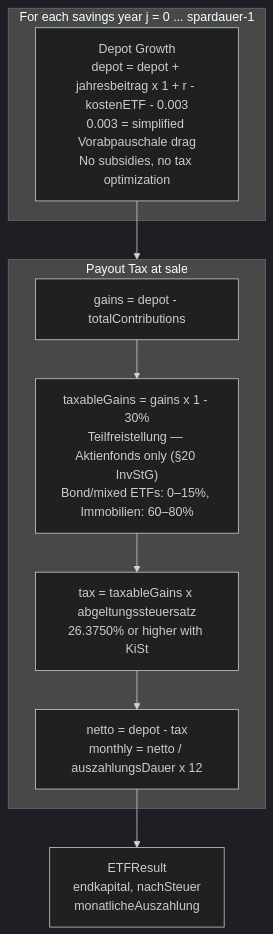
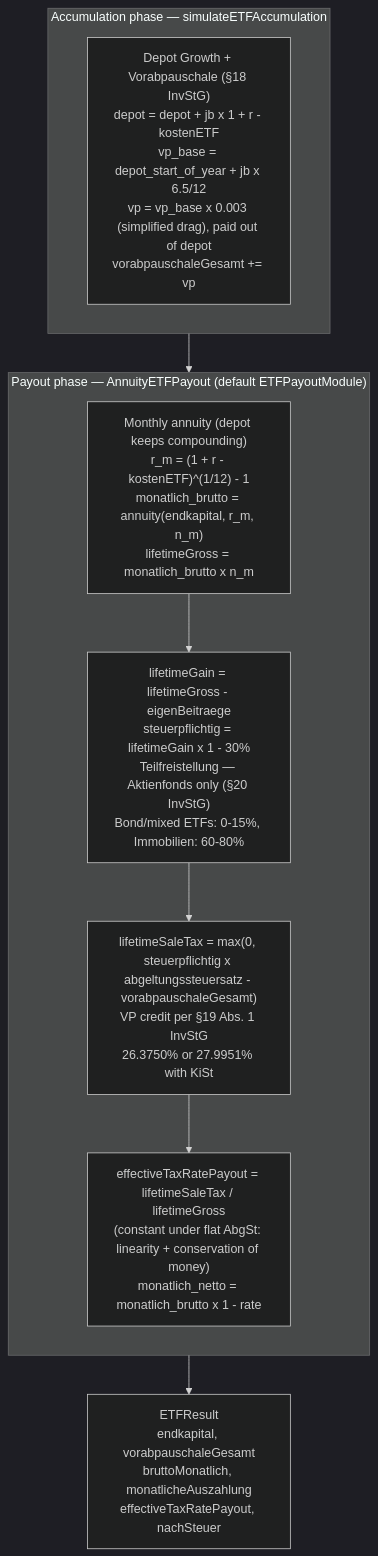
The third of 4 diagrams in docs/CALCULATION_MAP.md (chraig/de_altersvorsorge_depot), drawn with Mermaid (dark theme) before and after one commit. The commit also changed other lines of this file, not shown here.

First line of the commit message:
Update CALCULATION_MAP for modular payout + new ETF/AV payout models

````diff
--- a/docs/CALCULATION_MAP.md
+++ b/docs/CALCULATION_MAP.md
@@ -79,15 +91,17 @@
 ```mermaid
 flowchart TD
-    subgraph LOOP["For each savings year j = 0 ... spardauer-1"]
-        GROW["Depot Growth<br/>depot = depot + jahresbeitrag x 1 + r - kostenETF - 0.003<br/>0.003 = simplified Vorabpauschale drag<br/>No subsidies, no tax optimization"]
+    subgraph ACC["Accumulation phase — simulateETFAccumulation"]
+        direction TB
+        GROW["Depot Growth + Vorabpauschale (§18 InvStG)<br/>depot = depot + jb x 1 + r - kostenETF<br/>vp_base = depot_start_of_year + jb x 6.5/12<br/>vp = vp_base x 0.003 (simplified drag), paid out of depot<br/>vorabpauschaleGesamt += vp"]
     end
-    GROW --> PTAX
-    subgraph PTAX["Payout Tax at sale"]
-        GAINS["gains = depot - totalContributions"]
-        TEIL["taxableGains = gains x 1 - 30%<br/>Teilfreistellung — Aktienfonds only (§20 InvStG)<br/>Bond/mixed ETFs: 0–15%, Immobilien: 60–80%"]
-        ABGST["tax = taxableGains x abgeltungssteuersatz<br/>26.3750% or higher with KiSt"]
-        NET["netto = depot - tax<br/>monthly = netto / auszahlungsDauer x 12"]
-        GAINS --> TEIL --> ABGST --> NET
+    GROW --> PAY
+    subgraph PAY["Payout phase — AnnuityETFPayout (default ETFPayoutModule)"]
+        direction TB
+        ANN["Monthly annuity (depot keeps compounding)<br/>r_m = (1 + r - kostenETF)^(1/12) - 1<br/>monatlich_brutto = annuity(endkapital, r_m, n_m)<br/>lifetimeGross = monatlich_brutto x n_m"]
+        TEIL["lifetimeGain = lifetimeGross - eigenBeitraege<br/>steuerpflichtig = lifetimeGain x 1 - 30%<br/>Teilfreistellung — Aktienfonds only (§20 InvStG)<br/>Bond/mixed ETFs: 0-15%, Immobilien: 60-80%"]
+        ABGST["lifetimeSaleTax = max(0, steuerpflichtig x abgeltungssteuersatz - vorabpauschaleGesamt)<br/>VP credit per §19 Abs. 1 InvStG<br/>26.3750% or 27.9951% with KiSt"]
+        RATE["effectiveTaxRatePayout = lifetimeSaleTax / lifetimeGross<br/>(constant under flat AbgSt: linearity + conservation of money)<br/>monatlich_netto = monatlich_brutto x 1 - rate"]
+        ANN --> TEIL --> ABGST --> RATE
     end
-    NET --> RES[ETFResult<br/>endkapital, nachSteuer<br/>monatlicheAuszahlung]
+    RATE --> RES[ETFResult<br/>endkapital, vorabpauschaleGesamt<br/>bruttoMonatlich, monatlicheAuszahlung<br/>effectiveTaxRatePayout, nachSteuer]
 ```
````
